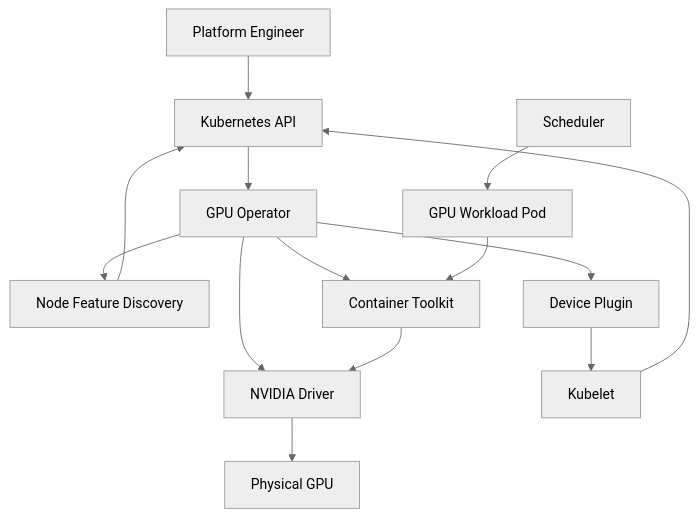
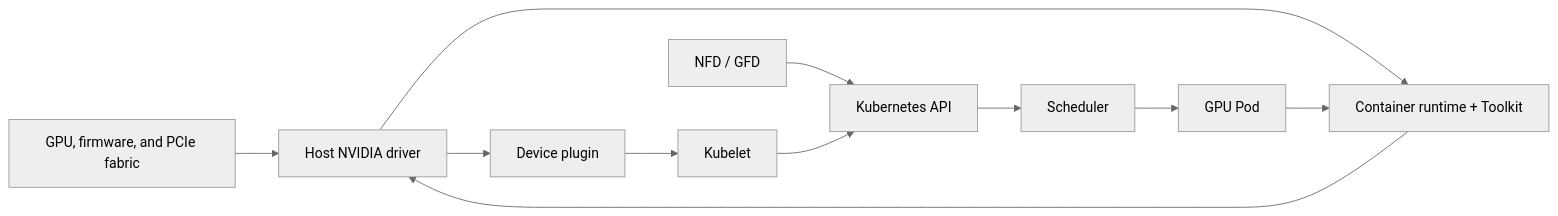
Before and after one commit to jithinpnjm/nvidia-devops: the diagram in docs/nvidia-zero-to-hero/volume-10/index.md, drawn with Mermaid (neutral theme). The commit also changed other lines of this file and 4 other files, not shown here.

````diff
--- a/docs/nvidia-zero-to-hero/volume-10/index.md
+++ b/docs/nvidia-zero-to-hero/volume-10/index.md
@@ -28,26 +28,13 @@
 ```mermaid
-flowchart TD
-    Admin[Platform Engineer]
-    API[Kubernetes API]
-    Operator[GPU Operator]
-    NFD[Node Feature Discovery]
-    Driver[NVIDIA Driver]
-    Toolkit[Container Toolkit]
-    Plugin[Device Plugin]
-    Kubelet[Kubelet]
-    Scheduler[Scheduler]
-    Pod[GPU Workload Pod]
-    GPU[Physical GPU]
-
-    Admin --> API
-    API --> Operator
-    Operator --> NFD
-    Operator --> Driver
-    Operator --> Toolkit
-    Operator --> Plugin
-    NFD --> API
-    Plugin --> Kubelet
+flowchart LR
+    HW[GPU, firmware, and PCIe fabric] --> Driver[Host NVIDIA driver]
+    Driver --> Runtime[Container runtime + Toolkit]
+    Driver --> Plugin[Device plugin]
+    Discovery[NFD / GFD] --> API[Kubernetes API]
+    Plugin --> Kubelet[Kubelet]
     Kubelet --> API
-    Scheduler --> Pod
-    Pod --> Toolkit --> Driver --> GPU
+    API --> Scheduler[Scheduler]
+    Scheduler --> Pod[GPU Pod]
+    Pod --> Runtime
+    Runtime --> Driver
 ```
````
